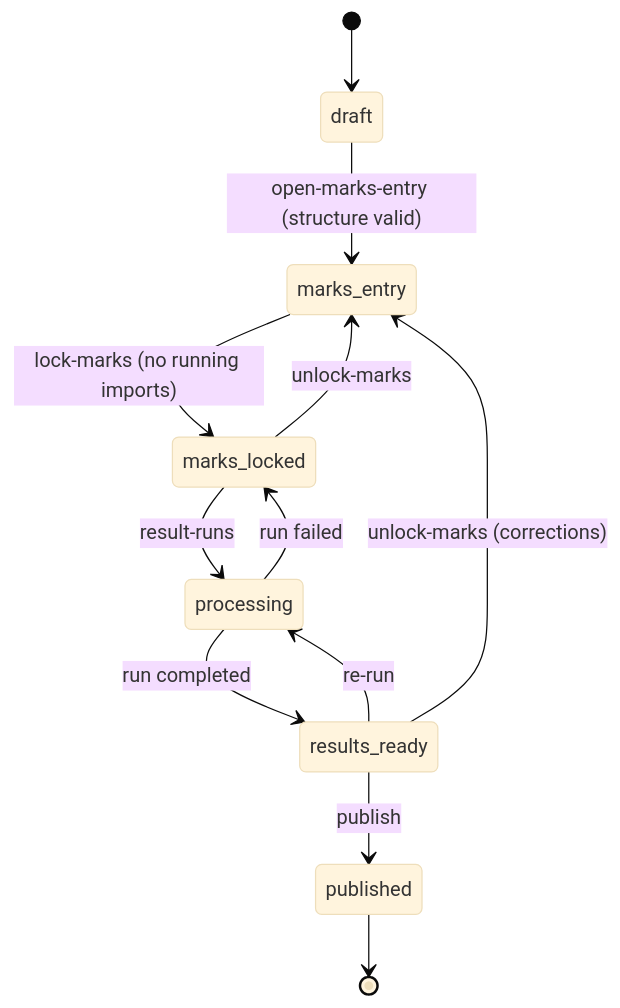
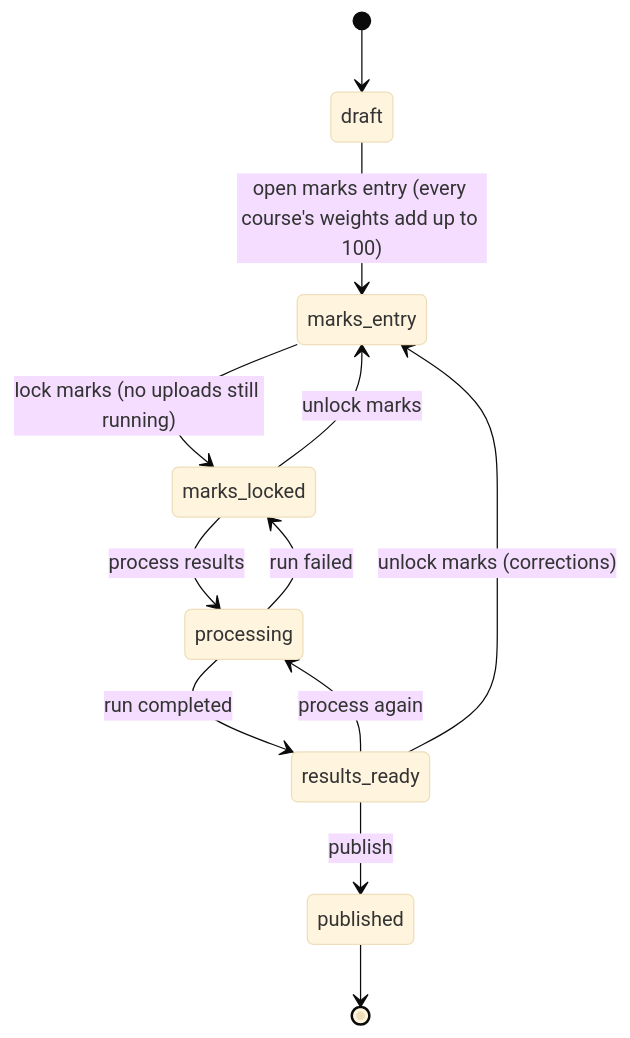
Before and after one commit to Raj504/examination-system: the first of 2 diagrams in README.md, drawn with Mermaid (base theme). The commit also changed other lines of this file and 1 other file, not shown here.

First line of the commit message:
Add sample marks data CSV for course assessments

````diff
--- a/README.md
+++ b/README.md
@@ -197,14 +348,14 @@
 ```mermaid
 stateDiagram-v2
     [*] --> draft
-    draft --> marks_entry : open-marks-entry (structure valid)
-    marks_entry --> marks_locked : lock-marks (no running imports)
-    marks_locked --> marks_entry : unlock-marks
-    marks_locked --> processing : result-runs
+    draft --> marks_entry : open marks entry (every course's weights add up to 100)
+    marks_entry --> marks_locked : lock marks (no uploads still running)
+    marks_locked --> marks_entry : unlock marks
+    marks_locked --> processing : process results
     processing --> results_ready : run completed
     processing --> marks_locked : run failed
-    results_ready --> processing : re-run
-    results_ready --> marks_entry : unlock-marks (corrections)
+    results_ready --> processing : process again
+    results_ready --> marks_entry : unlock marks (corrections)
     results_ready --> published : publish
     published --> [*]
 ```
````
